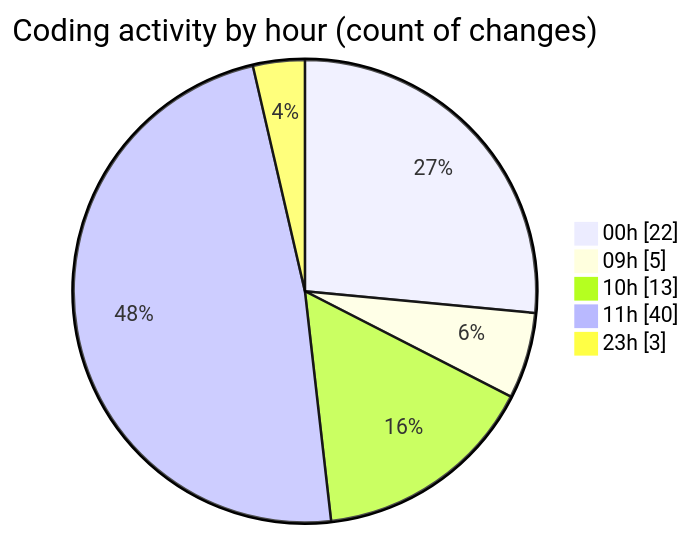
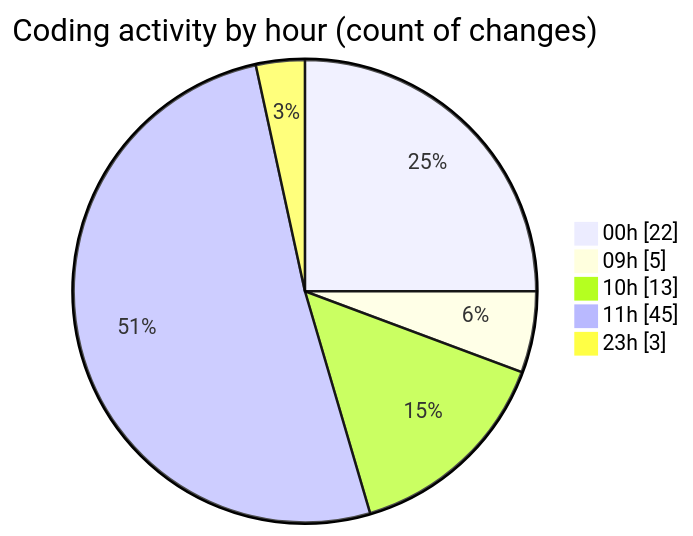
The second of 2 diagrams in 2026-04-10/cda/README.md (momahboobian/code-tracking), drawn with Mermaid before and after one commit. The commit also changed other lines of this file and 1 other file, not shown here.

````diff
--- a/2026-04-10/cda/README.md
+++ b/2026-04-10/cda/README.md
@@ -31,9 +31,9 @@
 ```mermaid
 pie showData
 title Coding activity by hour (count of changes)
 "00h" : 22
 "09h" : 5
 "10h" : 13
-"11h" : 40
+"11h" : 45
 "23h" : 3
 ```
````
